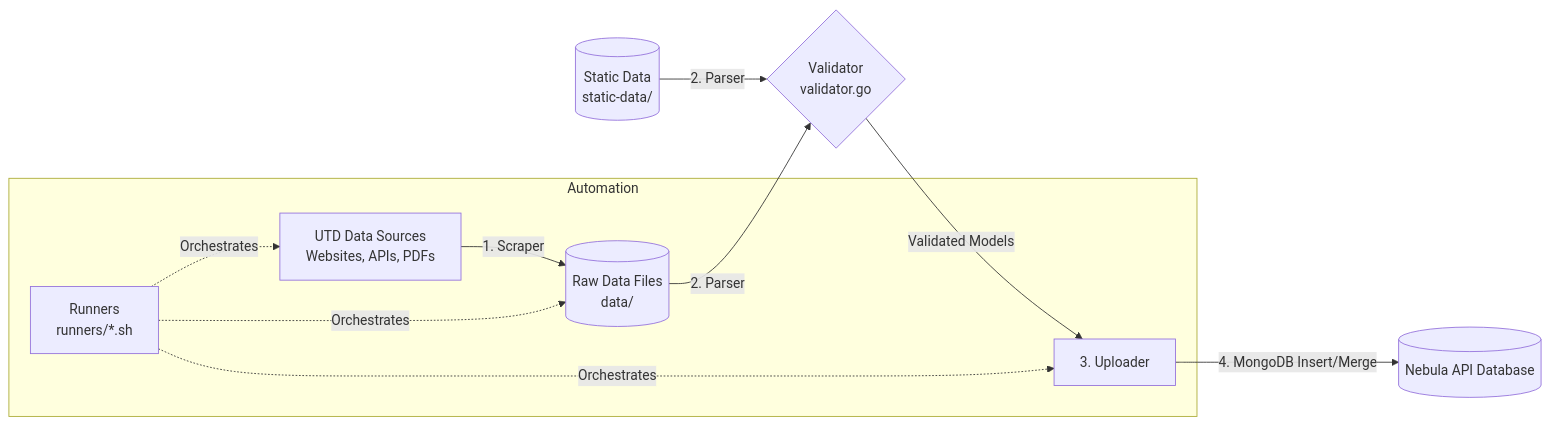
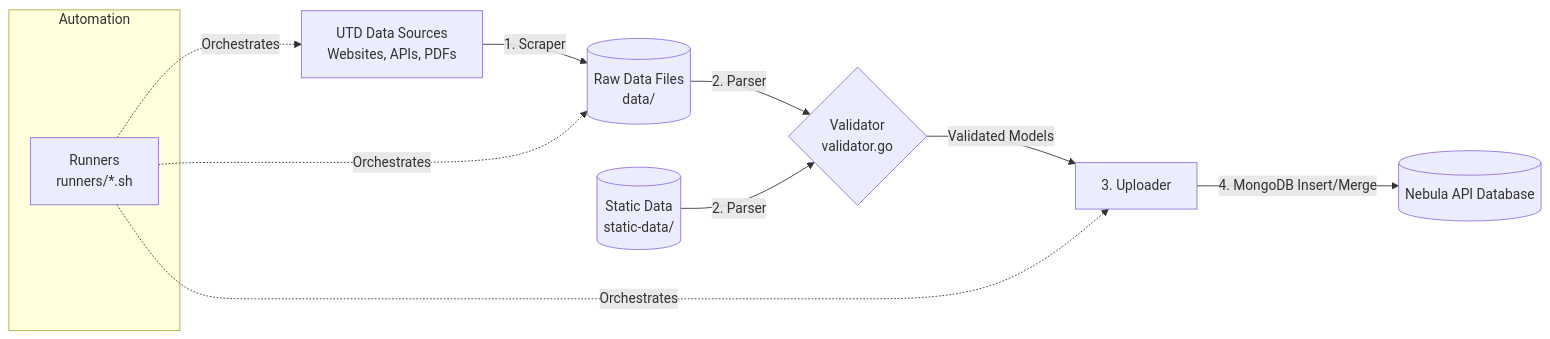
One commit to UTDNebula/api-tools changed the diagram in docs/Project-Architecture.md. Above: the diagram before and after it, drawn with Mermaid.

Commit message:
Update mermaid.js diagram in Project-Architecture.md

````diff
--- a/docs/Project-Architecture.md
+++ b/docs/Project-Architecture.md
@@ -12,14 +12,16 @@
 ```mermaid
 flowchart LR
     A[UTD Data Sources\nWebsites, APIs, PDFs] -->|1. Scraper| B[(Raw Data Files\ndata/)]
     B -->|2. Parser| C{Validator\nvalidator.go}
     D[(Static Data\nstatic-data/)] -->|2. Parser| C
     C -->|Validated Models| E[3. Uploader]
     E -->|4. MongoDB Insert/Merge| F[(Nebula API Database)]
 
-    subgraph Automation
-    G[Runners\nrunners/*.sh] -.->|Orchestrates| A
+    subgraph Automation["Automation"]
+        G["Runners\nrunners/*.sh"]
+    end
+
+    G -.->|Orchestrates| A
     G -.->|Orchestrates| B
     G -.->|Orchestrates| E
-    end
 ```
````
